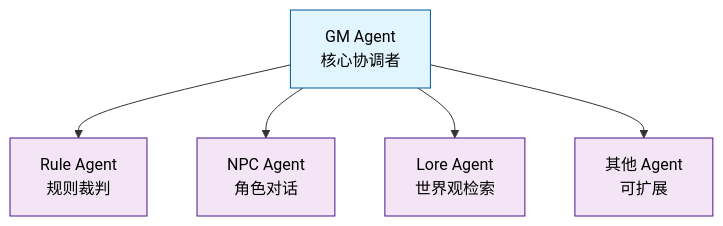
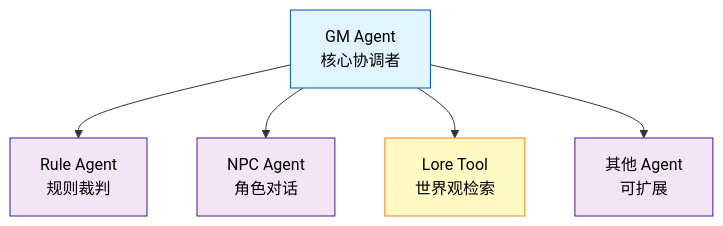
One commit to Rene-Zhou/Astinus changed the first of 2 diagrams in README.md. Above: the diagram before and after it, drawn with Mermaid. The commit also changed other lines of this file and 1 other file, not shown here.

First line of the commit message:
docs: Update README and ARCHITECTURE to reflect Lore functionality changes

````diff
--- a/README.md
+++ b/README.md
@@ -182,13 +182,13 @@
 ```mermaid
 graph TD
     GM[GM Agent<br/>核心协调者] --> R[Rule Agent<br/>规则裁判]
     GM --> N[NPC Agent<br/>角色对话]
-    GM --> L[Lore Agent<br/>世界观检索]
+    GM --> L[Lore Tool<br/>世界观检索]
     GM --> O[其他 Agent<br/>可扩展]
 
     style GM fill:#e1f5fe,stroke:#01579b,color:#000000
     style R fill:#f3e5f5,stroke:#4a148c,color:#000000
     style N fill:#f3e5f5,stroke:#4a148c,color:#000000
-    style L fill:#f3e5f5,stroke:#4a148c,color:#000000
+    style L fill:#fff9c4,stroke:#f57f17,color:#000000
     style O fill:#f3e5f5,stroke:#4a148c,color:#000000
 ```
````
